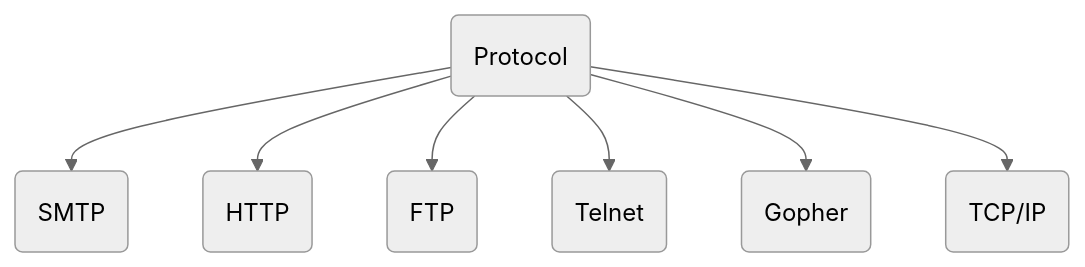
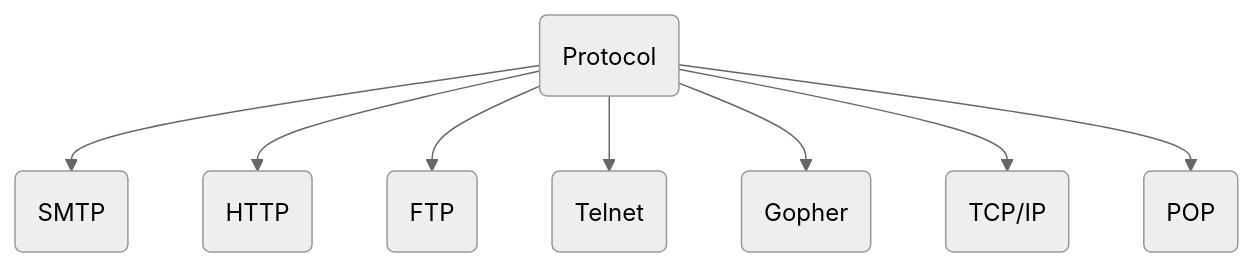
The second of 2 diagrams in IT/Classes_Notes/2022-09-17_Client_Server_Model.md (bionicop/Digital-Garden), drawn with Mermaid (neutral theme) before and after one commit. The commit also changed other lines of this file and 1 other file, not shown here.

````diff
--- a/IT/Classes_Notes/2022-09-17_Client_Server_Model.md
+++ b/IT/Classes_Notes/2022-09-17_Client_Server_Model.md
@@ -59,9 +59,10 @@
 ```mermaid
 graph TD
     A(Protocol) --> B(SMTP)
     A --> C(HTTP)
     A --> D(FTP)
     A --> E(Telnet)
     A --> F(Gopher)
     A --> G(TCP/IP)
+    A --> H(POP)
 ```
````
